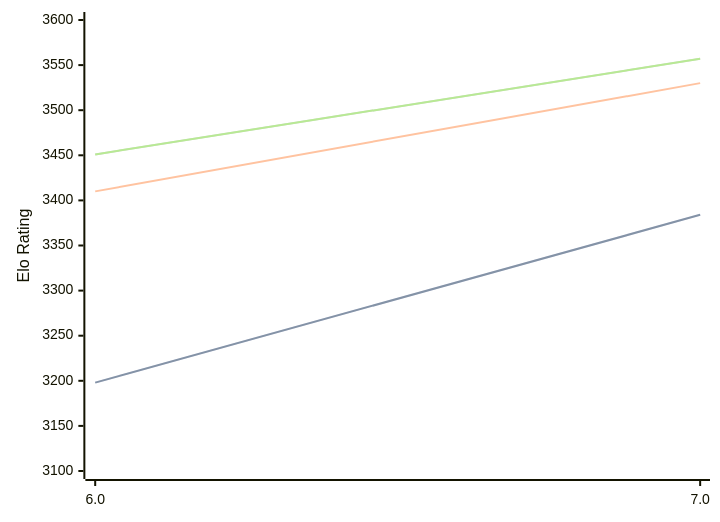
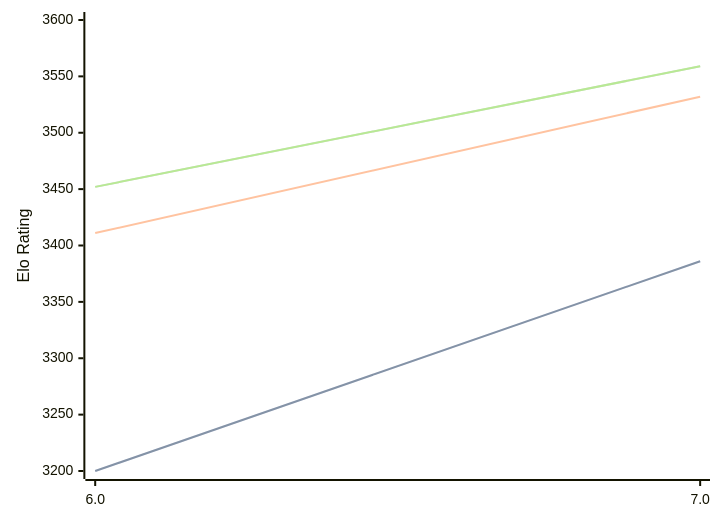
One commit to computer-chess-index/cci changed the diagram in engines/Devre.md. Above: the diagram before and after it, drawn with Mermaid. The commit also changed other lines of this file, not shown here.

Commit message:
Update CCI Ratings (ELO VLTC) - 2026-10-09

````diff
--- a/engines/Devre.md
+++ b/engines/Devre.md
@@ -32,11 +32,11 @@
 ```mermaid
 %%{init: {"theme":"base","themeVariables":{"seriesColors:['#a3a3a3','#222221','#faa371']}}}%%
 xychart-beta
   x-axis ["6.0", "7.0"]
-  y-axis "Elo Rating" 3100 --> 3600
-  line "" [3198, 3384]
-  line "STC (8.0+0.08s)" [3198, 3384]
-  line "LTC (60.0+0.60s)" [3410, 3530]
-  line "" [3451, 3557]
-  line "VLTC (2m24s+1.12s)" [3451, 3557]
+  y-axis "Elo Rating" 3200 --> 3600
+  line "" [3200, 3386]
+  line "STC (8.0+0.08s)" [3200, 3386]
+  line "LTC (60.0+0.60s)" [3411, 3532]
+  line "" [3452, 3559]
+  line "VLTC (2m24s+1.12s)" [3452, 3559]
 ```
````
